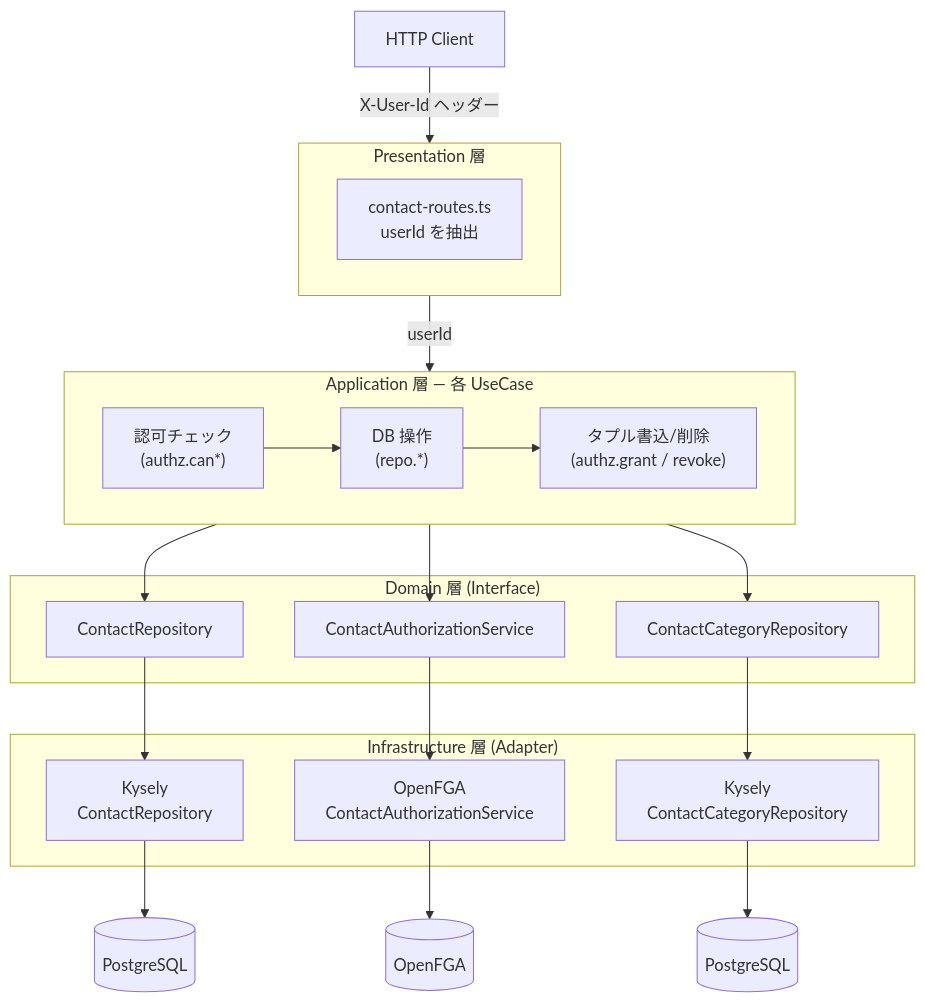
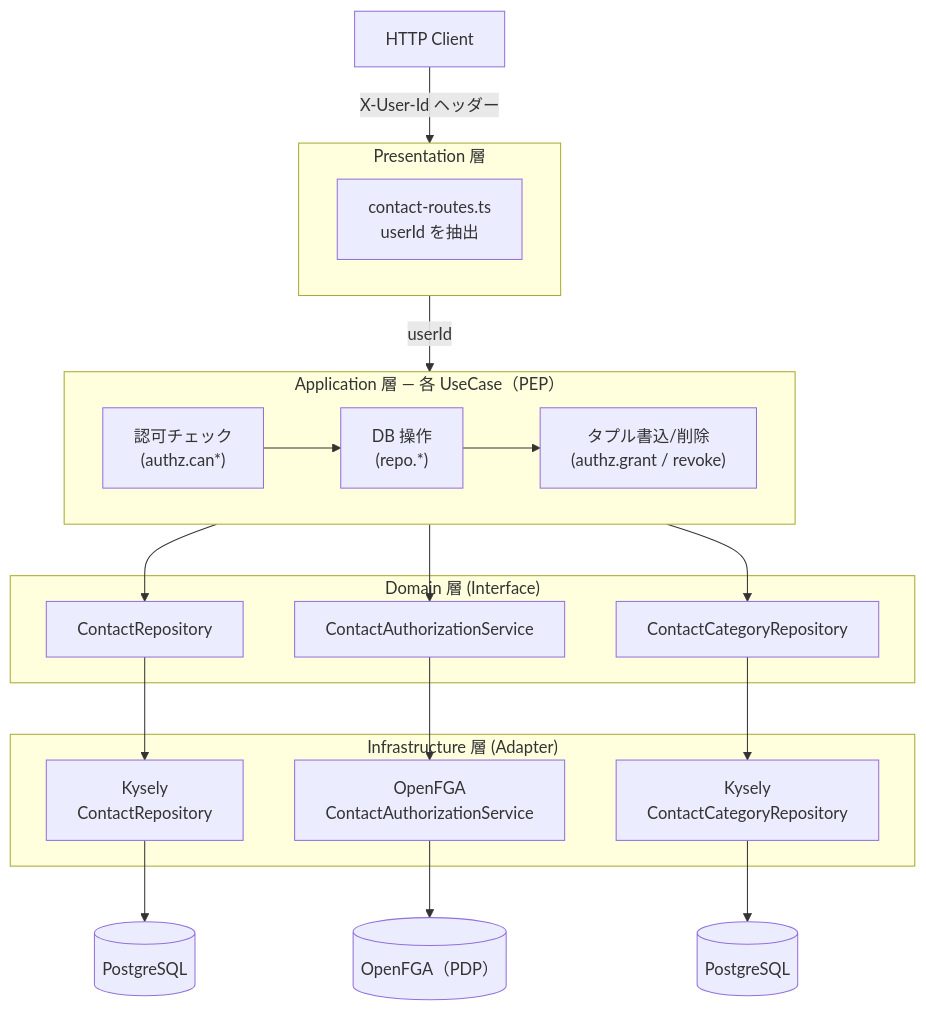
One commit to uraitakahito/contact-api changed the first of 2 diagrams in docs/authorization.md. Above: the diagram before and after it, drawn with Mermaid.

Commit message:
Add PEP/PDP labels to authorization architecture diagram

````diff
--- a/docs/authorization.md
+++ b/docs/authorization.md
@@ -9,40 +9,40 @@
 ```mermaid
 graph TD
     Client["HTTP Client"]
     Client -- "X-User-Id ヘッダー" --> Presentation
 
     subgraph Presentation["Presentation 層"]
         Routes["contact-routes.ts<br/>userId を抽出"]
     end
 
     Presentation -- "userId" --> Application
 
-    subgraph Application["Application 層 — 各 UseCase"]
+    subgraph Application["Application 層 — 各 UseCase（PEP）"]
         AuthzCheck["認可チェック<br/>(authz.can*)"]
         DbOp["DB 操作<br/>(repo.*)"]
         TupleOp["タプル書込/削除<br/>(authz.grant / revoke)"]
         AuthzCheck --> DbOp --> TupleOp
     end
 
     Application --> PortRepo & PortAuthz & PortCat
 
     subgraph Domain["Domain 層 (Interface)"]
         PortRepo["ContactRepository"]
         PortAuthz["ContactAuthorizationService"]
         PortCat["ContactCategoryRepository"]
     end
 
     PortRepo --> AdapterRepo
     PortAuthz --> AdapterAuthz
     PortCat --> AdapterCat
 
     subgraph Infra["Infrastructure 層 (Adapter)"]
         AdapterRepo["Kysely<br/>ContactRepository"]
         AdapterAuthz["OpenFGA<br/>ContactAuthorizationService"]
         AdapterCat["Kysely<br/>ContactCategoryRepository"]
     end
 
     AdapterRepo --> PostgreSQL1[("PostgreSQL")]
-    AdapterAuthz --> OpenFGA[("OpenFGA")]
+    AdapterAuthz --> OpenFGA[("OpenFGA（PDP）")]
     AdapterCat --> PostgreSQL2[("PostgreSQL")]
 ```
````
